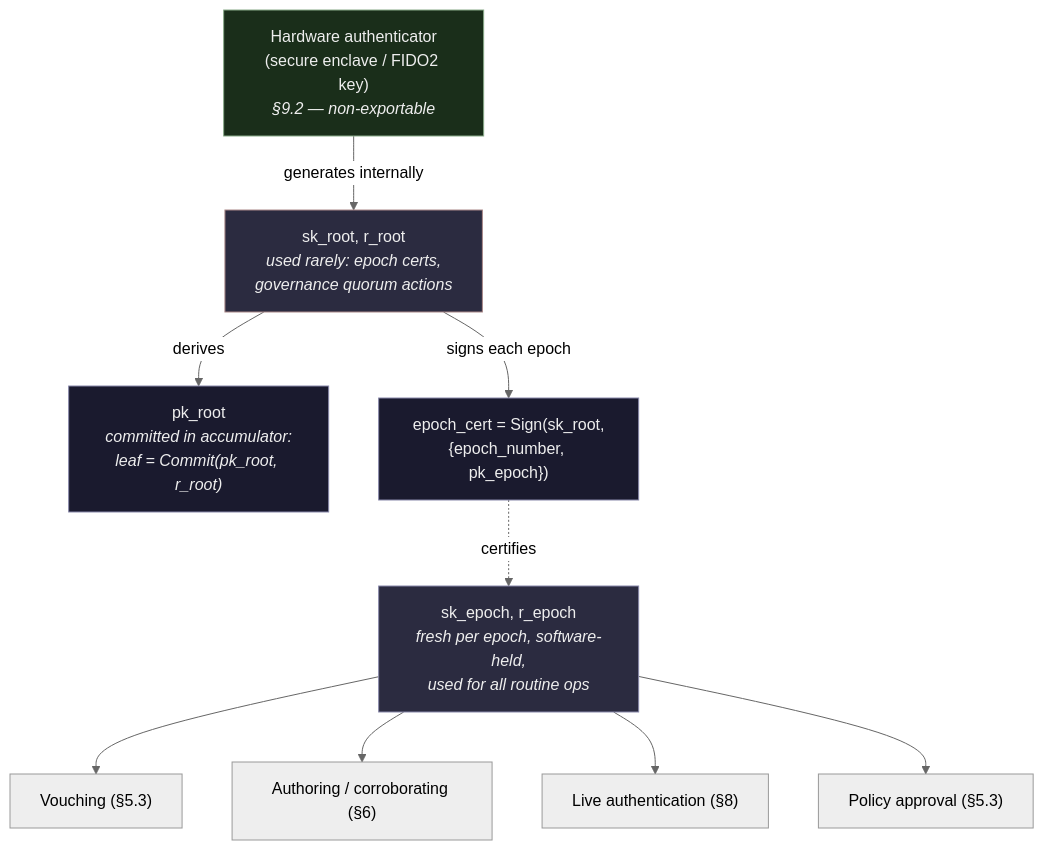
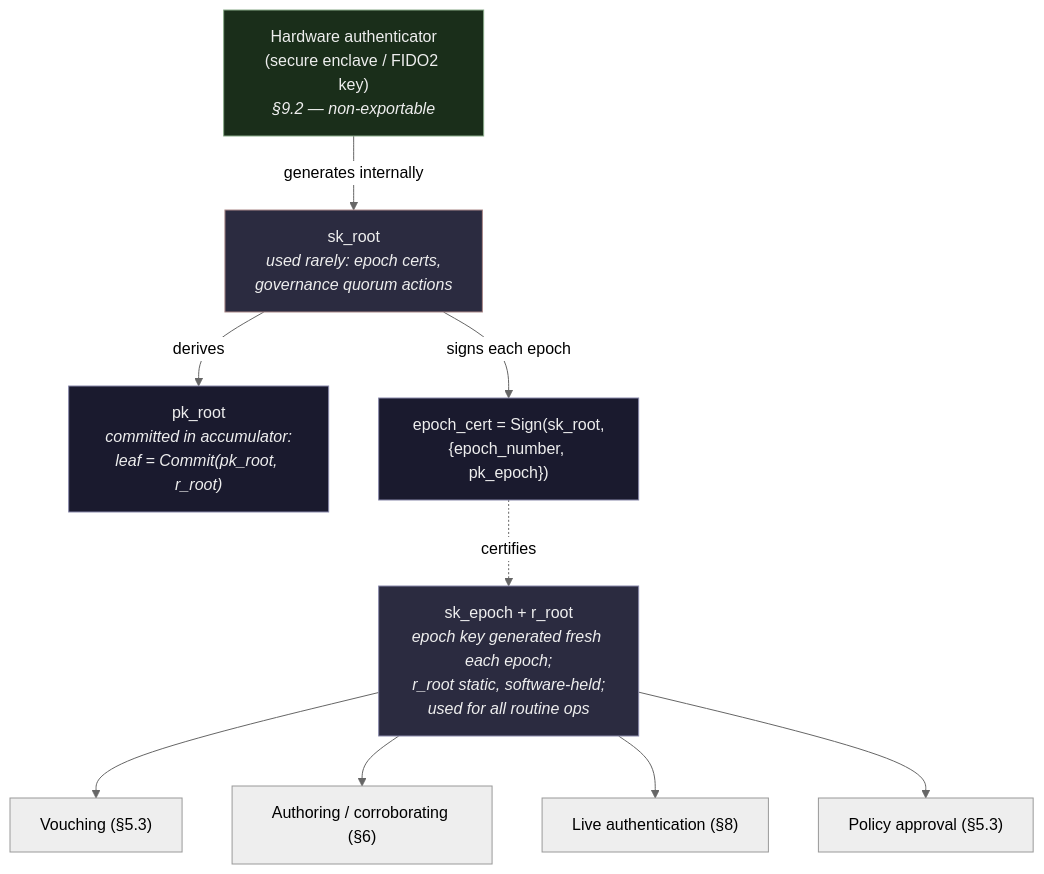
One commit to xyberal/nymora changed the fifth of 6 diagrams in spec/nymora-protocol.md. Above: the diagram before and after it, drawn with Mermaid (neutral theme). The commit also changed other lines of this file and 27 other files, not shown here.

````diff
--- a/spec/nymora-protocol.md
+++ b/spec/nymora-protocol.md
@@ -572,20 +581,20 @@
 ```mermaid
 graph TD
     HW["Hardware authenticator<br/>(secure enclave / FIDO2 key)<br/><i>§9.2 — non-exportable</i>"]
-    HW -->|generates internally| SKR["sk_root, r_root<br/><i>used rarely: epoch certs,<br/>governance quorum actions</i>"]
+    HW -->|generates internally| SKR["sk_root<br/><i>used rarely: epoch certs,<br/>governance quorum actions</i>"]
     SKR -->|derives| PKR["pk_root<br/><i>committed in accumulator:<br/>leaf = Commit(pk_root, r_root)</i>"]
     SKR -->|"signs each epoch"| CERT["epoch_cert = Sign(sk_root,<br/>{epoch_number, pk_epoch})"]
 
-    CERT -.->|"certifies"| SKE["sk_epoch, r_epoch<br/><i>fresh per epoch, software-held,<br/>used for all routine ops</i>"]
+    CERT -.->|"certifies"| SKE["sk_epoch + r_root<br/><i>epoch key generated fresh each epoch;<br/>r_root static, software-held;<br/>used for all routine ops</i>"]
 
     SKE --> V["Vouching (§5.3)"]
     SKE --> AU["Authoring / corroborating (§6)"]
     SKE --> LA["Live authentication (§8)"]
     SKE --> GOV["Policy approval (§5.3)"]
 
     style HW fill:#1a2e1a,stroke:#88aa88,color:#eee
     style SKR fill:#2b2b40,stroke:#aa8888,color:#eee
     style SKE fill:#2b2b40,stroke:#8888aa,color:#eee
     style PKR fill:#1a1a2e,stroke:#8888aa,color:#eee
     style CERT fill:#1a1a2e,stroke:#8888aa,color:#eee
 ```
````
